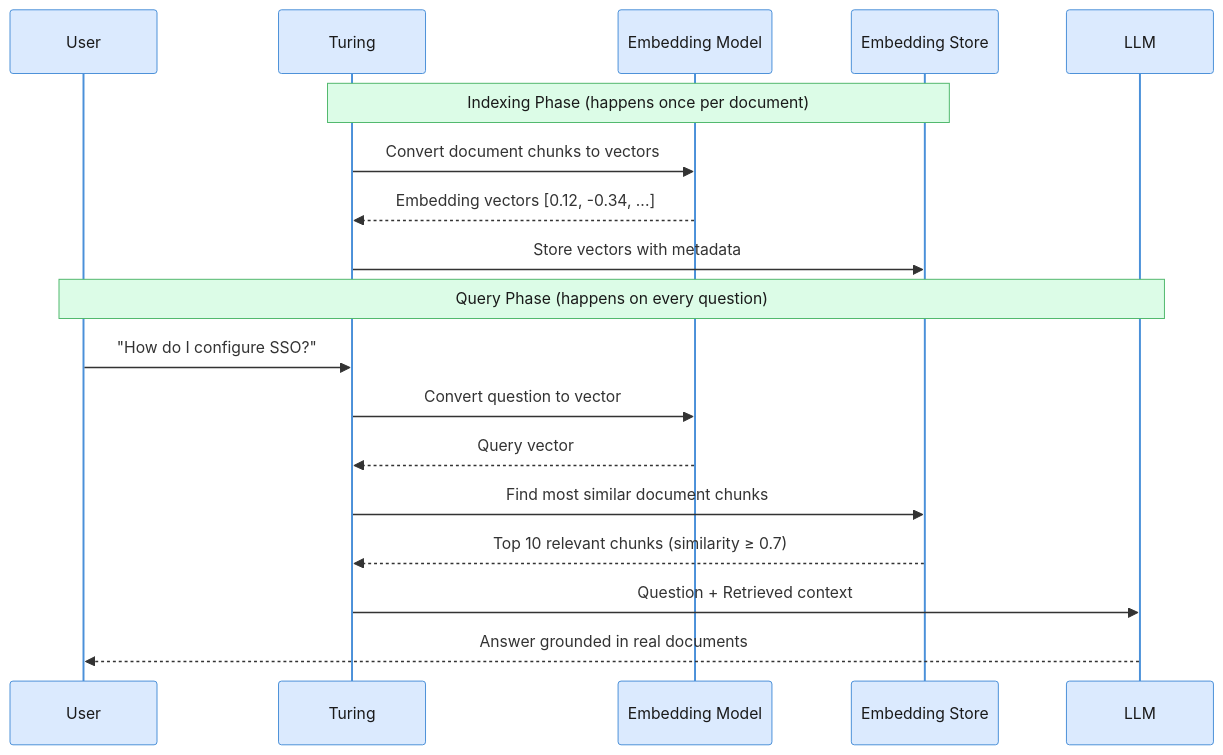
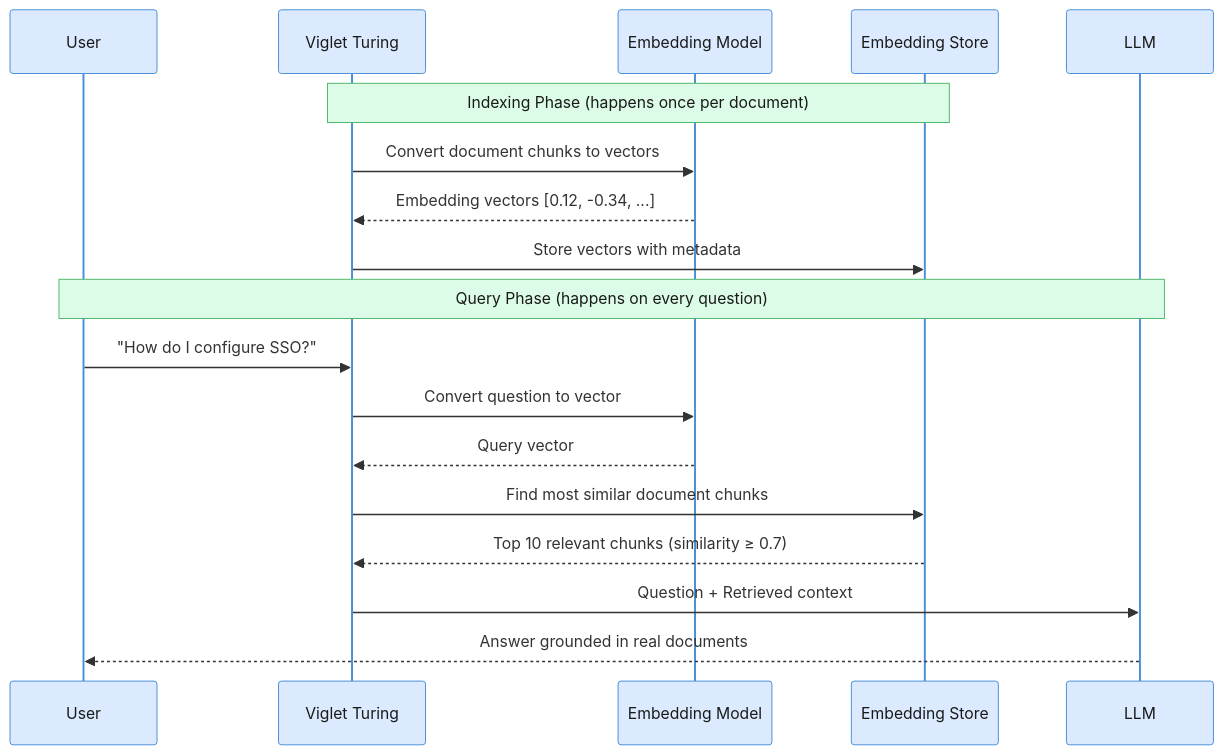
The first of 2 diagrams in frontend/apps/docs/src/content/docs/rag.md (openviglet/turing), drawn with Mermaid before and after one commit. The commit also changed other lines of this file and 69 other files, not shown here.

````diff
--- a/frontend/apps/docs/src/content/docs/rag.md
+++ b/frontend/apps/docs/src/content/docs/rag.md
@@ -26,23 +26,23 @@
 ```mermaid
 %%{init: {'theme': 'base', 'themeVariables': {'fontSize': '13px', 'actorBkg': '#dbeafe', 'actorBorder': '#4A90D9', 'actorTextColor': '#1a1a1a', 'activationBkgColor': '#ede9fe', 'activationBorderColor': '#9B6EC5', 'labelBoxBkgColor': '#fef3c7', 'labelBoxBorderColor': '#E8A838', 'labelTextColor': '#1a1a1a', 'loopTextColor': '#b07a1a', 'noteBkgColor': '#dcfce7', 'noteBorderColor': '#50B86C', 'noteTextColor': '#1a1a1a', 'signalColor': '#333', 'signalTextColor': '#333'}}}%%
 sequenceDiagram
     participant User
-    participant Turing as Turing
+    participant Turing as Viglet Turing
     participant EmbModel as Embedding Model
     participant VectorDB as Embedding Store
     participant LLM as LLM
 
     Note over Turing,VectorDB: Indexing Phase (happens once per document)
     Turing->>EmbModel: Convert document chunks to vectors
     EmbModel-->>Turing: Embedding vectors [0.12, -0.34, ...]
     Turing->>VectorDB: Store vectors with metadata
 
     Note over User,LLM: Query Phase (happens on every question)
     User->>Turing: "How do I configure SSO?"
     Turing->>EmbModel: Convert question to vector
     EmbModel-->>Turing: Query vector
     Turing->>VectorDB: Find most similar document chunks
     VectorDB-->>Turing: Top 10 relevant chunks (similarity ≥ 0.7)
     Turing->>LLM: Question + Retrieved context
     LLM-->>User: Answer grounded in real documents
 ```
````
